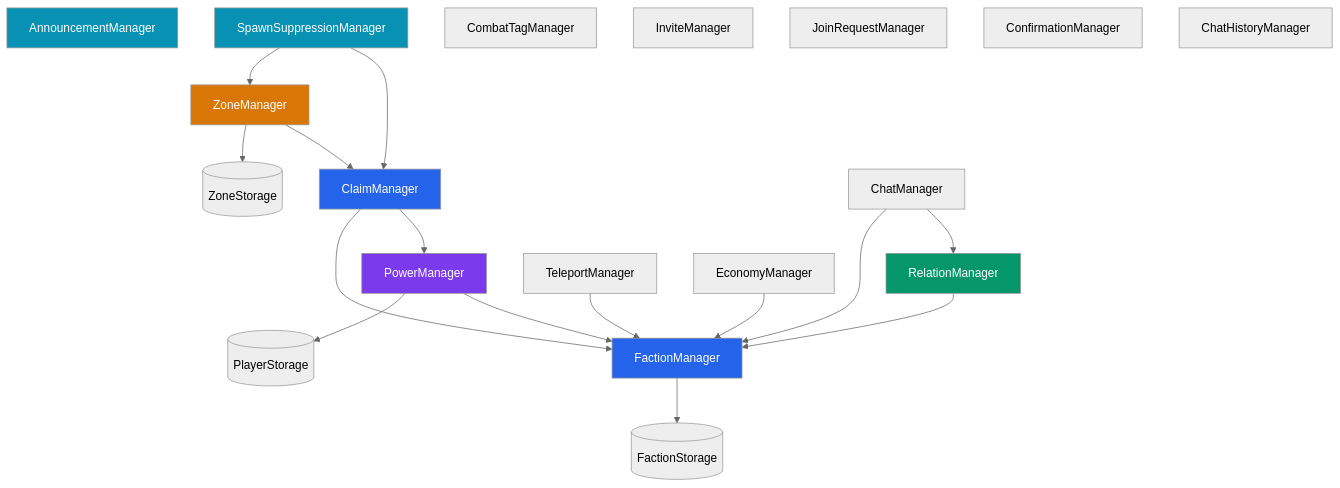
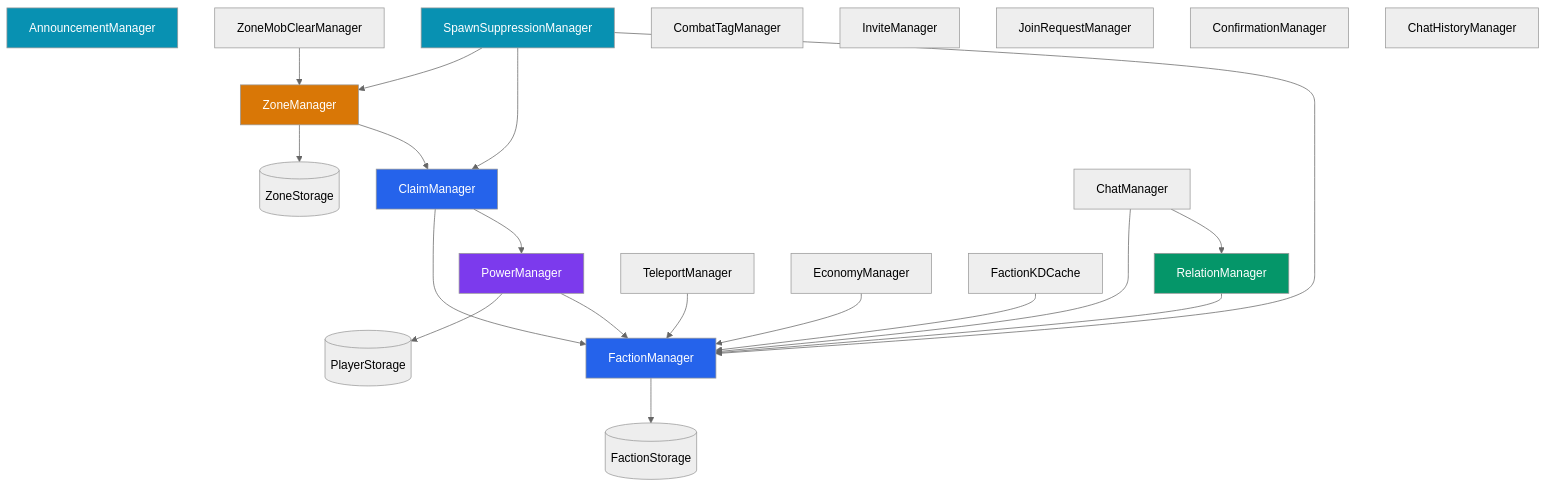
One commit to HyperSystems-Development/HyperFactions changed the diagram in docs/managers.md. Above: the diagram before and after it, drawn with Mermaid (neutral theme). The commit also changed other lines of this file and 19 other files, not shown here.

````diff
--- a/docs/managers.md
+++ b/docs/managers.md
@@ -22,31 +22,34 @@
 ```mermaid
 graph TD
     FM[FactionManager] --> FS[(FactionStorage)]
     PM[PowerManager] --> PS[(PlayerStorage)]
     PM --> FM
     CM[ClaimManager] --> FM
     CM --> PM
     RM[RelationManager] --> FM
     ZM[ZoneManager] --> ZS[(ZoneStorage)]
     ZM --> CM
     TM[TeleportManager] --> FM
     ChM[ChatManager] --> FM
     ChM --> RM
     EM[EconomyManager] --> FM
     AM[AnnouncementManager]
     SSM[SpawnSuppressionManager] --> ZM
     SSM --> CM
+    SSM --> FM
+    ZMCM[ZoneMobClearManager] --> ZM
+    KDC[FactionKDCache] --> FM
     CTM[CombatTagManager]
     IM[InviteManager]
     JRM[JoinRequestManager]
     CoM[ConfirmationManager]
     CHM[ChatHistoryManager]
 
     style FM fill:#2563eb,color:#fff
     style CM fill:#2563eb,color:#fff
     style PM fill:#7c3aed,color:#fff
     style RM fill:#059669,color:#fff
     style ZM fill:#d97706,color:#fff
     style AM fill:#0891b2,color:#fff
     style SSM fill:#0891b2,color:#fff
 ```
````
